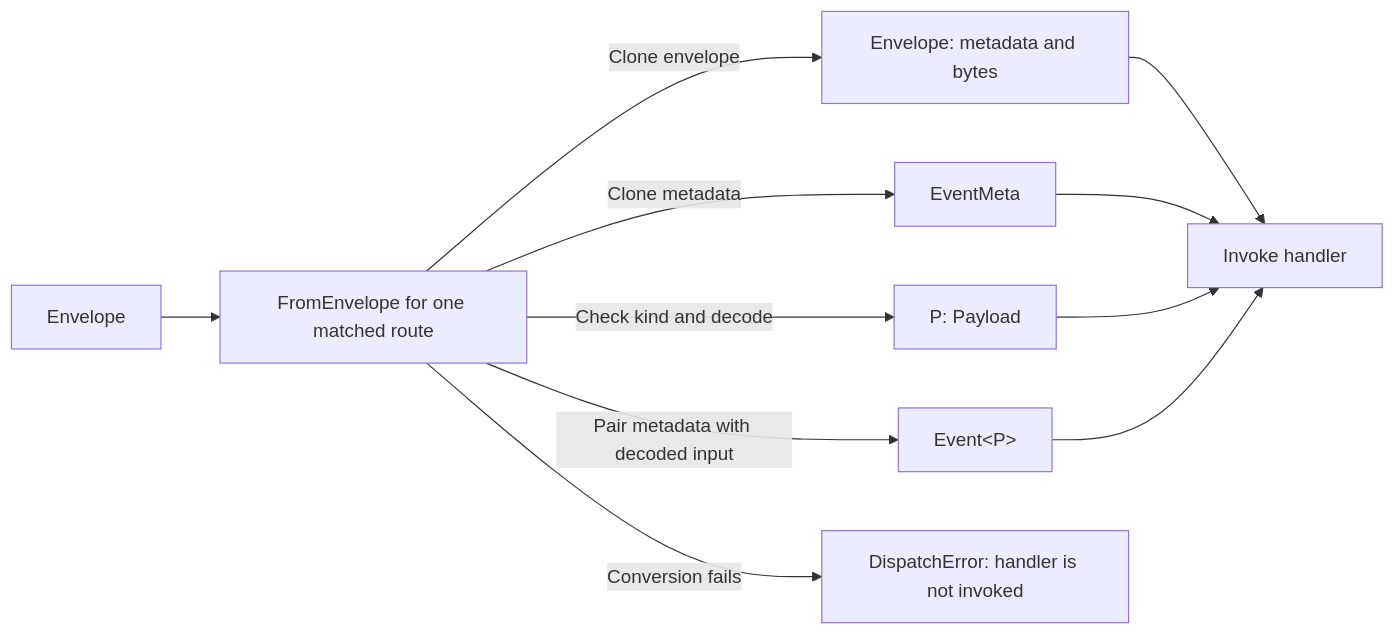
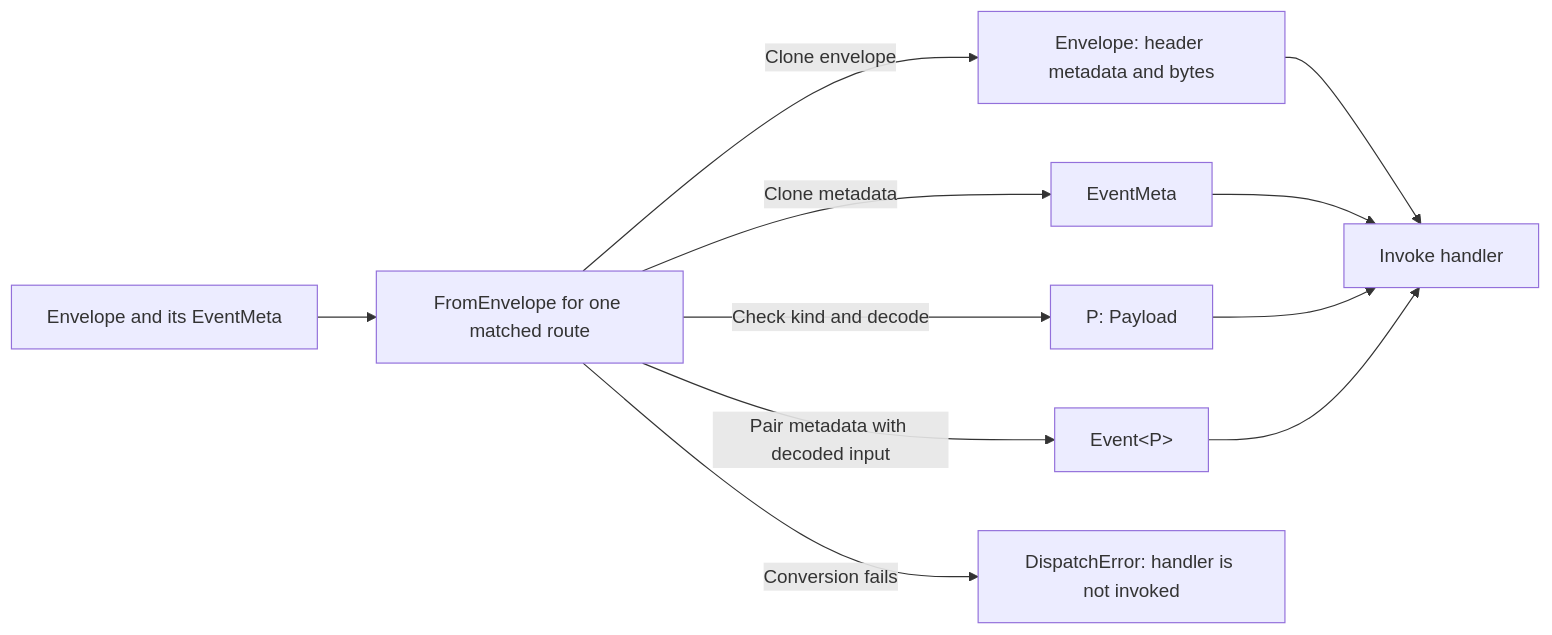
One commit to sagikazarmark/octoevents changed the second of 3 diagrams in docs/guide.md. Above: the diagram before and after it, drawn with Mermaid. The commit also changed other lines of this file and 32 other files, not shown here.

````diff
--- a/docs/guide.md
+++ b/docs/guide.md
@@ -229,13 +233,13 @@
 ```mermaid
 flowchart LR
-    Envelope[Envelope] --> Convert[FromEnvelope for one matched route]
-    Convert -->|Clone envelope| Bytes[Envelope: metadata and bytes]
+    Envelope[Envelope and its EventMeta] --> Convert[FromEnvelope for one matched route]
+    Convert -->|Clone envelope| Bytes[Envelope: header metadata and bytes]
     Convert -->|Clone metadata| Meta[EventMeta]
     Convert -->|Check kind and decode| Payload["P: Payload"]
     Convert -->|Pair metadata with decoded input| Event["Event&lt;P&gt;"]
     Bytes --> Handler[Invoke handler]
     Meta --> Handler
     Payload --> Handler
     Event --> Handler
     Convert -->|Conversion fails| Error[DispatchError: handler is not invoked]
 ```
````
